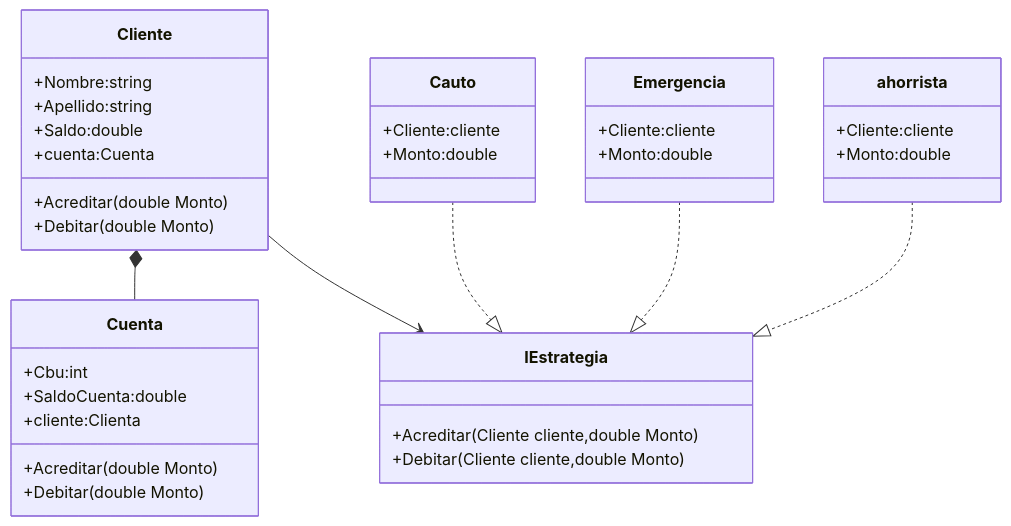
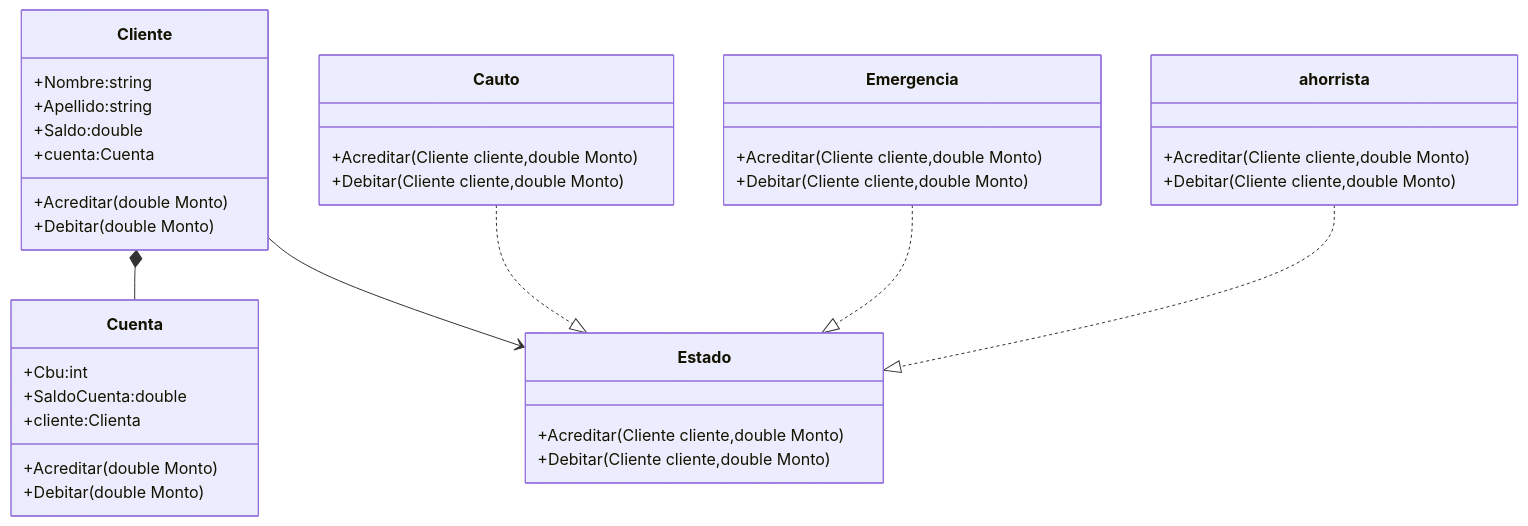
One commit to JRyoy/Banco changed the diagram in README.md. Above: the diagram before and after it, drawn with Mermaid.

````diff
--- a/README.md
+++ b/README.md
@@ -2,50 +2,50 @@
 ```mermaid
 classDiagram
 
 class Cuenta{
     +Cbu:int
     +SaldoCuenta:double 
     +cliente:Clienta
     +Acreditar(double Monto)
     +Debitar(double Monto)
 }
 Cliente *-- Cuenta
 class Cliente{
 
     +Nombre:string
     +Apellido:string
     +Saldo:double
     +cuenta:Cuenta
     +Acreditar(double Monto)
     +Debitar(double Monto)
 
 }
-Cliente --> IEstrategia
+Cliente --> Estado
 
-class  IEstrategia{
+class  Estado{
     <Interface>
 
     +Acreditar(Cliente cliente,double Monto)
     +Debitar(Cliente cliente,double Monto)
 }
-Cauto..|>IEstrategia
-Emergencia..|>IEstrategia
-ahorrista..|>IEstrategia
+Cauto..|>Estado
+Emergencia..|>Estado
+ahorrista..|>Estado
 class Cauto{
-    +Cliente:cliente
-    +Monto:double
+    +Acreditar(Cliente cliente,double Monto)
+    +Debitar(Cliente cliente,double Monto)
 
 }
 class Emergencia{
-    +Cliente:cliente
-    +Monto:double
+    +Acreditar(Cliente cliente,double Monto)
+    +Debitar(Cliente cliente,double Monto)
 }
 class ahorrista{
-    +Cliente:cliente
-    +Monto:double
+    +Acreditar(Cliente cliente,double Monto)
+    +Debitar(Cliente cliente,double Monto)
 
 }
 
 
 
 ```
````
